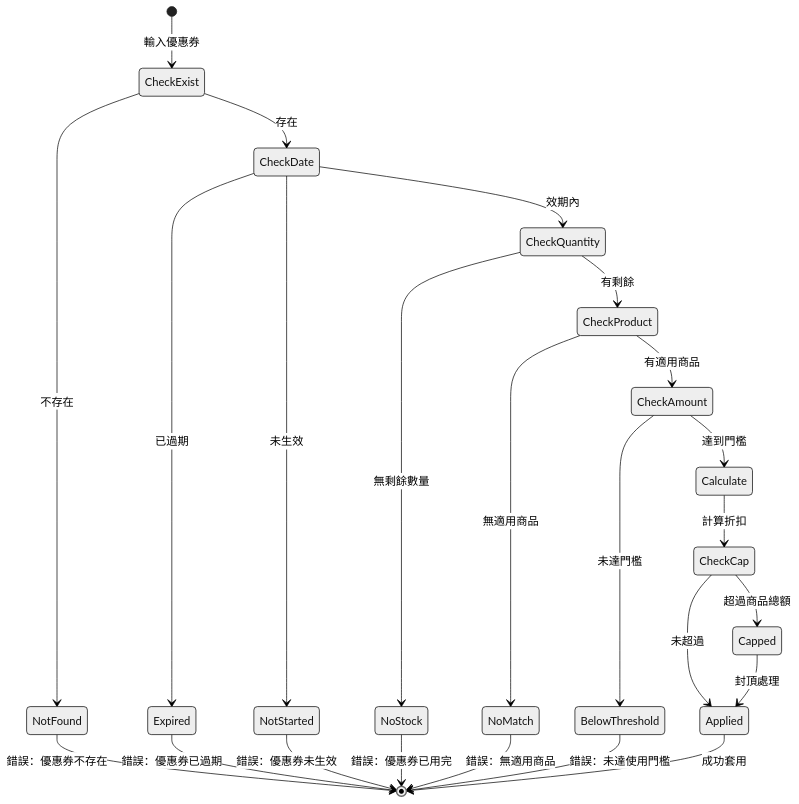
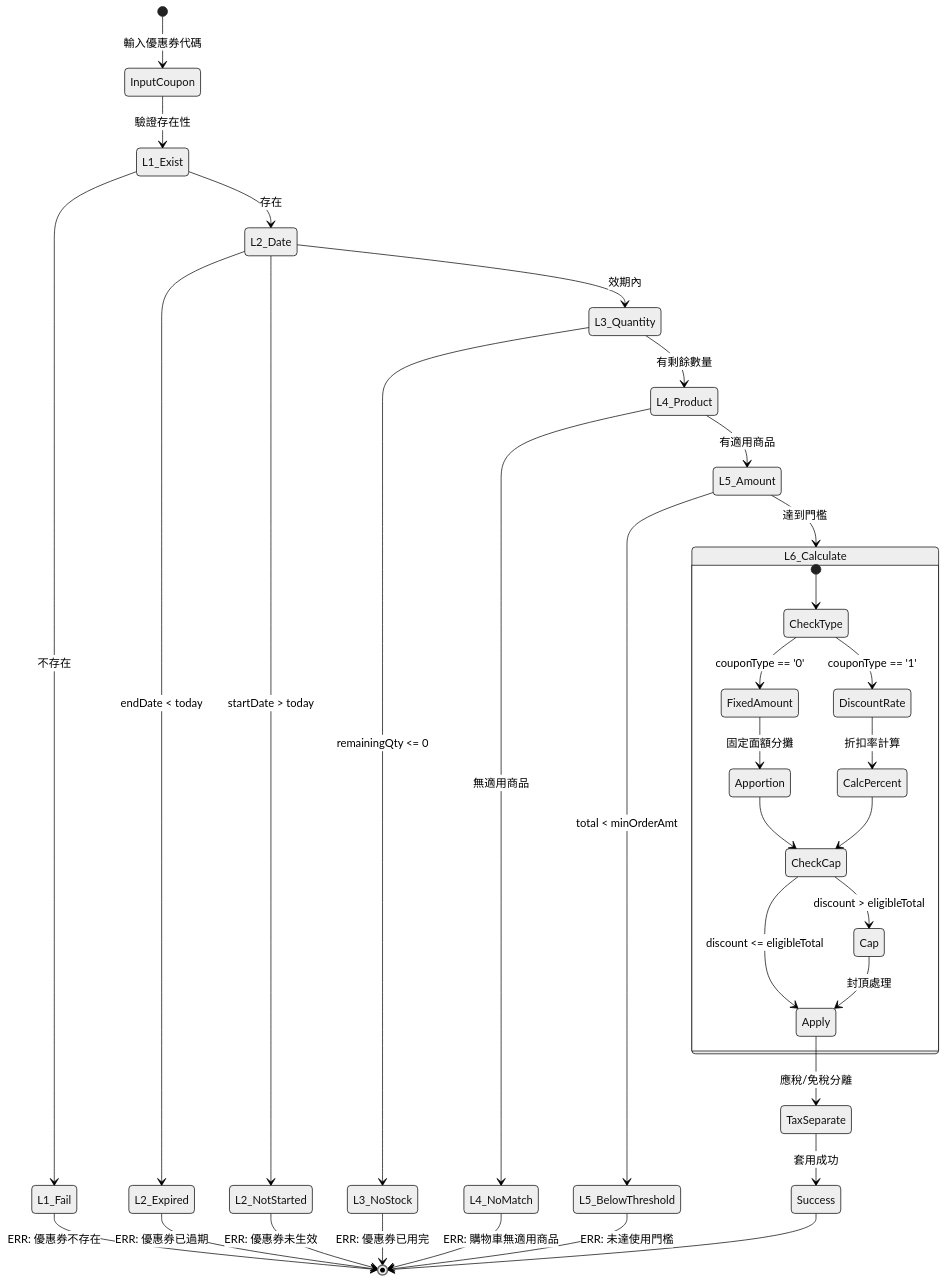
One commit to keepprogress/dddSpecialOrderDemo changed diagram 14 of 33 in specs/002-create-order/pricing-calculation-spec.md. Above: the diagram before and after it, drawn with Mermaid (neutral theme). The commit also changed other lines of this file and 16 other files, not shown here.

````diff
--- a/specs/002-create-order/pricing-calculation-spec.md
+++ b/specs/002-create-order/pricing-calculation-spec.md
@@ -1169,38 +1376,55 @@
 ```mermaid
 stateDiagram-v2
-    [*] --> CheckExist: 輸入優惠券
+    [*] --> InputCoupon: 輸入優惠券代碼
 
-    CheckExist --> NotFound: 不存在
-    CheckExist --> CheckDate: 存在
+    InputCoupon --> L1_Exist: 驗證存在性
 
-    NotFound --> [*]: 錯誤：優惠券不存在
+    L1_Exist --> L1_Fail: 不存在
+    L1_Exist --> L2_Date: 存在
 
-    CheckDate --> Expired: 已過期
-    CheckDate --> NotStarted: 未生效
-    CheckDate --> CheckQuantity: 效期內
+    L1_Fail --> [*]: ERR: 優惠券不存在
 
-    Expired --> [*]: 錯誤：優惠券已過期
-    NotStarted --> [*]: 錯誤：優惠券未生效
+    L2_Date --> L2_Expired: endDate < today
+    L2_Date --> L2_NotStarted: startDate > today
+    L2_Date --> L3_Quantity: 效期內
 
-    CheckQuantity --> NoStock: 無剩餘數量
-    CheckQuantity --> CheckProduct: 有剩餘
+    L2_Expired --> [*]: ERR: 優惠券已過期
+    L2_NotStarted --> [*]: ERR: 優惠券未生效
 
-    NoStock --> [*]: 錯誤：優惠券已用完
+    L3_Quantity --> L3_NoStock: remainingQty <= 0
+    L3_Quantity --> L4_Product: 有剩餘數量
 
-    CheckProduct --> NoMatch: 無適用商品
-    CheckProduct --> CheckAmount: 有適用商品
+    L3_NoStock --> [*]: ERR: 優惠券已用完
 
-    NoMatch --> [*]: 錯誤：無適用商品
+    L4_Product --> L4_NoMatch: 無適用商品
+    L4_Product --> L5_Amount: 有適用商品
 
-    CheckAmount --> BelowThreshold: 未達門檻
-    CheckAmount --> Calculate: 達到門檻
+    L4_NoMatch --> [*]: ERR: 購物車無適用商品
 
-    BelowThreshold --> [*]: 錯誤：未達使用門檻
+    L5_Amount --> L5_BelowThreshold: total < minOrderAmt
+    L5_Amount --> L6_Calculate: 達到門檻
 
-    Calculate --> CheckCap: 計算折扣
-    CheckCap --> Capped: 超過商品總額
-    CheckCap --> Applied: 未超過
+    L5_BelowThreshold --> [*]: ERR: 未達使用門檻
 
-    Capped --> Applied: 封頂處理
-    Applied --> [*]: 成功套用
+    state L6_Calculate {
+        [*] --> CheckType
+        CheckType --> FixedAmount: couponType == '0'
+        CheckType --> DiscountRate: couponType == '1'
+
+        FixedAmount --> Apportion: 固定面額分攤
+        DiscountRate --> CalcPercent: 折扣率計算
+
+        Apportion --> CheckCap
+        CalcPercent --> CheckCap
+
+        CheckCap --> Cap: discount > eligibleTotal
+        CheckCap --> Apply: discount <= eligibleTotal
+
+        Cap --> Apply: 封頂處理
+    }
+
+    Apply --> TaxSeparate: 應稅/免稅分離
+    TaxSeparate --> Success: 套用成功
+
+    Success --> [*]
 ```
````
